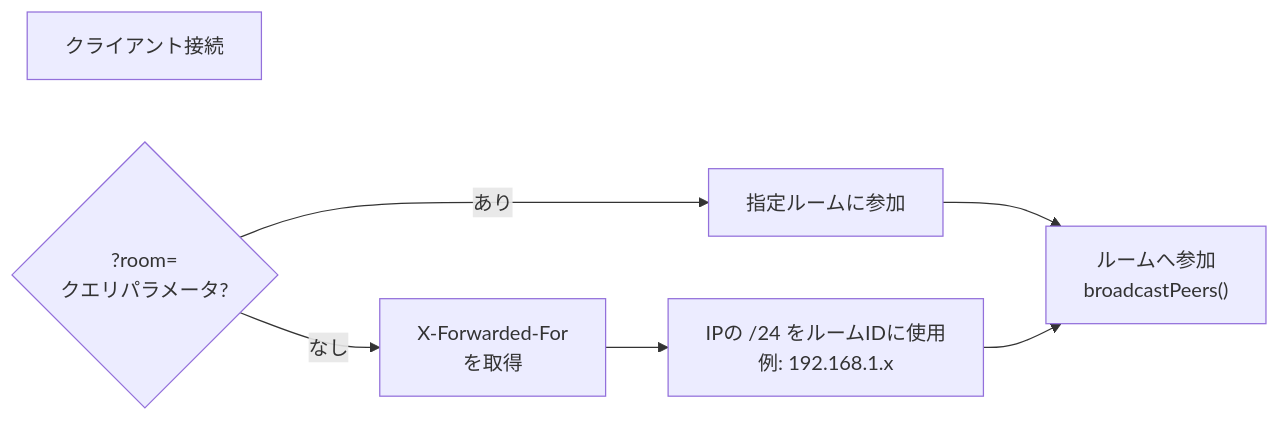
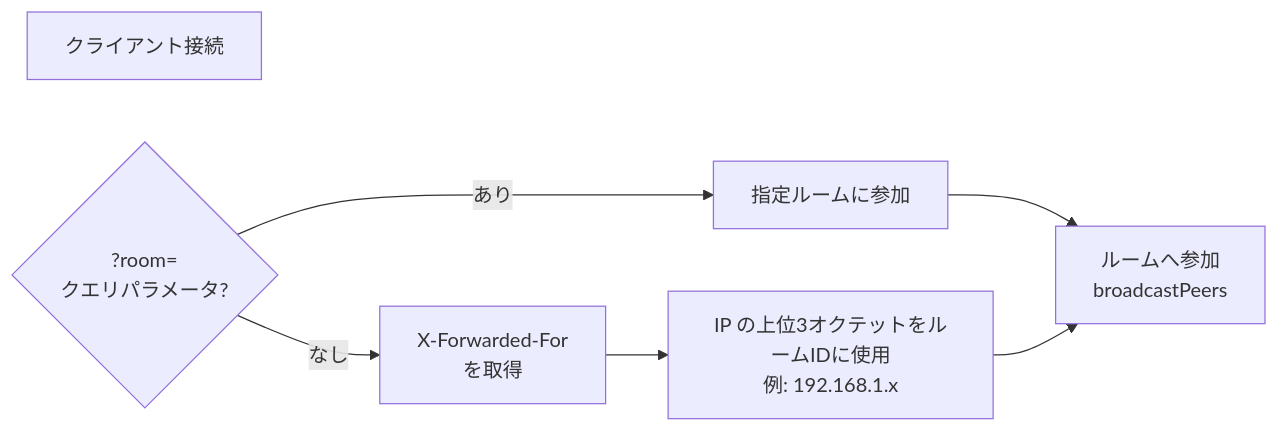
The third of 7 diagrams in docs/pipe-spec.md (afjk/afjk.jp), drawn with Mermaid before and after one commit. The commit also changed other lines of this file, not shown here.

Commit message:
Fix Mermaid diagram syntax for GitHub rendering

````diff
--- a/docs/pipe-spec.md
+++ b/docs/pipe-spec.md
@@ -73,10 +73,10 @@
 ```mermaid
 flowchart LR
     Client["クライアント接続"]
     QP{"?room=\nクエリパラメータ?"}
     QP -- あり --> RoomParam["指定ルームに参加"]
     QP -- なし --> InferIP["X-Forwarded-For\nを取得"]
-    InferIP --> Subnet["IPの /24 をルームIDに使用\n例: 192.168.1.x"]
-    RoomParam --> Join["ルームへ参加\nbroadcastPeers()"]
+    InferIP --> Subnet["IP の上位3オクテットをルームIDに使用\n例: 192.168.1.x"]
+    RoomParam --> Join["ルームへ参加\nbroadcastPeers"]
     Subnet --> Join
 ```
````
